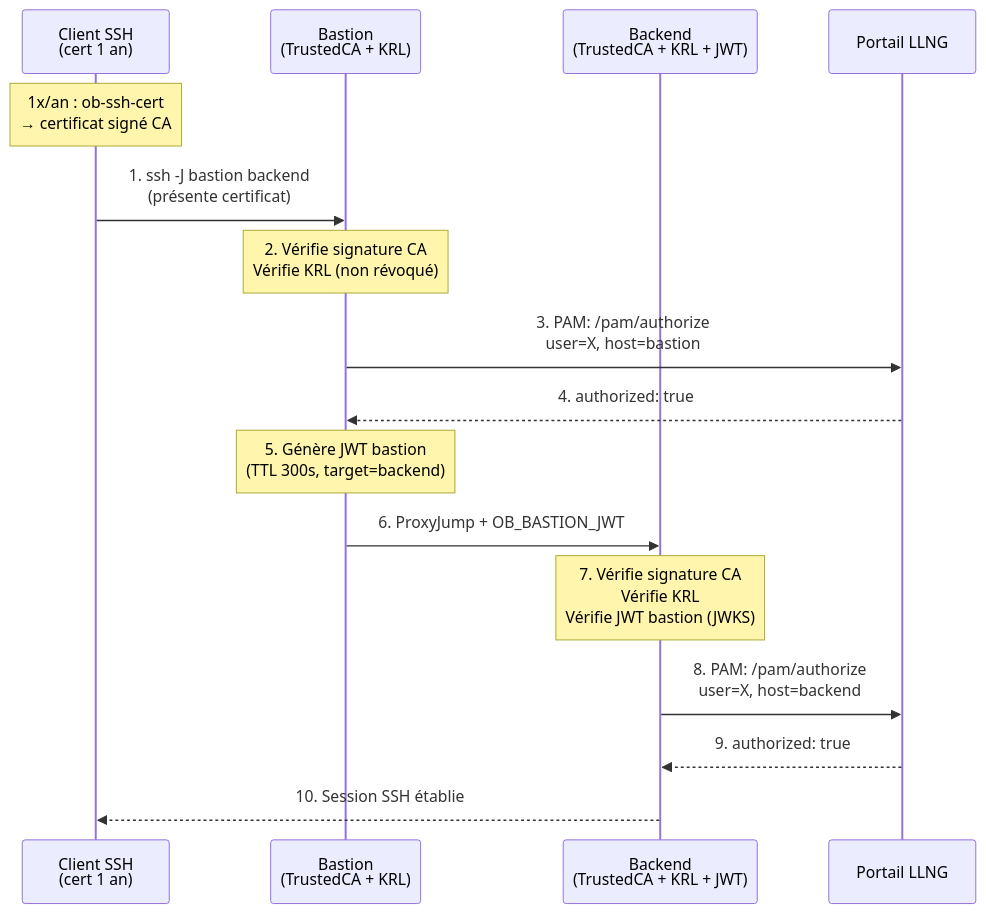
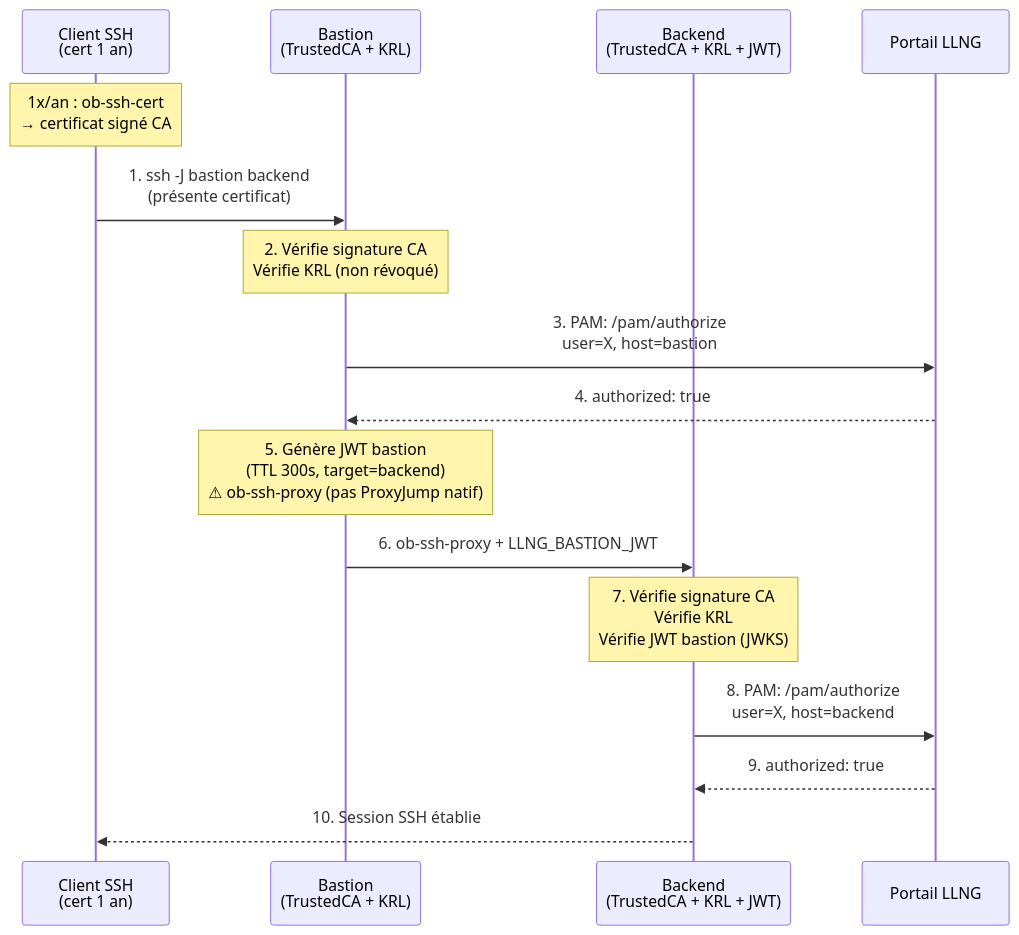
One commit to linagora/open-bastion changed the second of 5 diagrams in doc/security/02-ssh-connection.md. Above: the diagram before and after it, drawn with Mermaid. The commit also changed other lines of this file and 15 other files, not shown here.

````diff
--- a/doc/security/02-ssh-connection.md
+++ b/doc/security/02-ssh-connection.md
@@ -69,20 +69,20 @@
 ```mermaid
 sequenceDiagram
     participant Client as Client SSH<br/>(cert 1 an)
     participant Bastion as Bastion<br/>(TrustedCA + KRL)
     participant Backend as Backend<br/>(TrustedCA + KRL + JWT)
     participant LLNG as Portail LLNG
 
     Note over Client: 1x/an : ob-ssh-cert<br/>→ certificat signé CA
 
     Client->>Bastion: 1. ssh -J bastion backend<br/>(présente certificat)
     Note over Bastion: 2. Vérifie signature CA<br/>Vérifie KRL (non révoqué)
     Bastion->>LLNG: 3. PAM: /pam/authorize<br/>user=X, host=bastion
     LLNG-->>Bastion: 4. authorized: true
-    Note over Bastion: 5. Génère JWT bastion<br/>(TTL 300s, target=backend)
-    Bastion->>Backend: 6. ProxyJump + OB_BASTION_JWT
+    Note over Bastion: 5. Génère JWT bastion<br/>(TTL 300s, target=backend)<br/>⚠ ob-ssh-proxy (pas ProxyJump natif)
+    Bastion->>Backend: 6. ob-ssh-proxy + LLNG_BASTION_JWT
     Note over Backend: 7. Vérifie signature CA<br/>Vérifie KRL<br/>Vérifie JWT bastion (JWKS)
     Backend->>LLNG: 8. PAM: /pam/authorize<br/>user=X, host=backend
     LLNG-->>Backend: 9. authorized: true
     Backend-->>Client: 10. Session SSH établie
 ```
````
